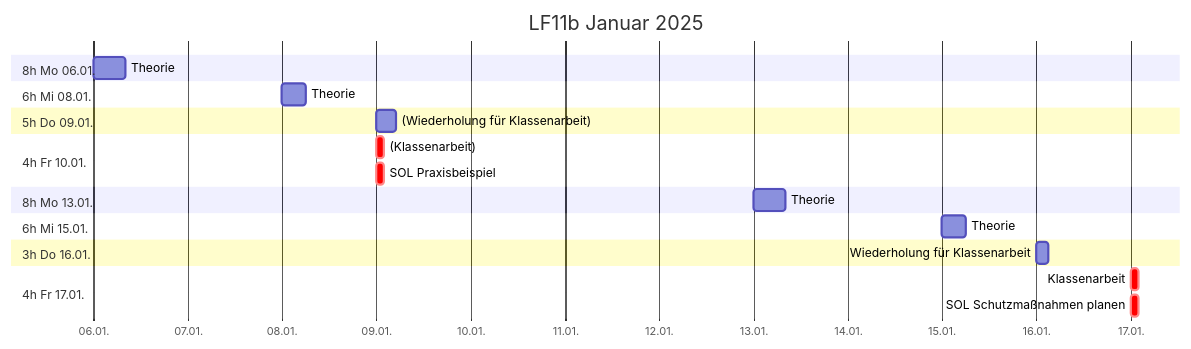
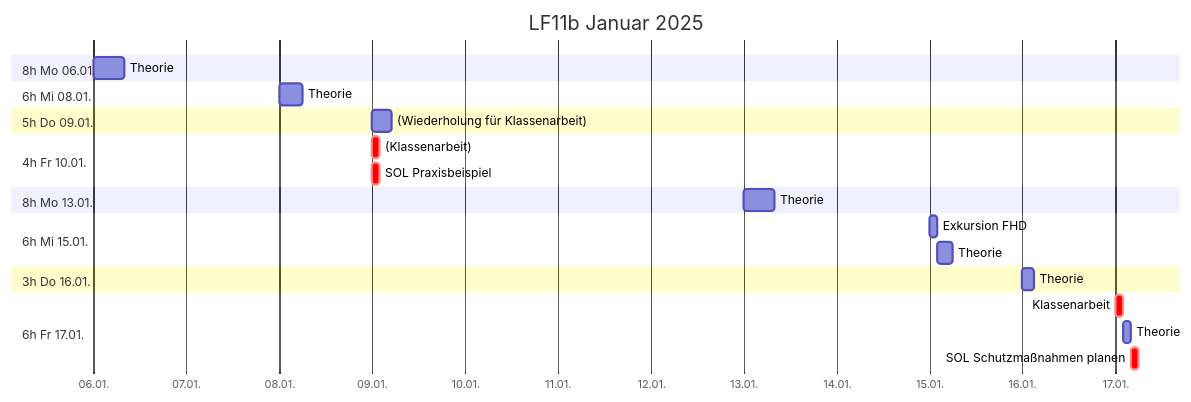
One commit to johannesloetzsch/LF11b changed the second of 3 diagrams in src/plan.md. Above: the diagram before and after it, drawn with Mermaid. The commit also changed other lines of this file and 1 other file, not shown here.

````diff
--- a/src/plan.md
+++ b/src/plan.md
@@ -18,24 +18,26 @@
 ```mermaid
 gantt
  title LF11b Januar 2025
  dateFormat YYYY-MM-DD
  axisFormat %d.%m.
  section 8h Mo 06.01.
   Theorie                           :2025-01-06, 8h
  section 6h Mi 08.01.
   Theorie                           :2025-01-08, 6h
  section 5h Do 09.01.
   (Wiederholung für Klassenarbeit)  :2025-01-09, 5h
  section 4h Fr 10.01.
   (Klassenarbeit)                   :crit, 2025-01-09, 2h
   SOL Praxisbeispiel                :crit, 2025-01-09, 2h
  section 8h Mo 13.01.
   Theorie                           :2025-01-13, 8h
  section 6h Mi 15.01.
-  Theorie                           :2025-01-15, 6h
+  Exkursion FHD                     :t1, 2025-01-15, 2h
+  Theorie                           :after t1, 4h
  section 3h Do 16.01.
-  Wiederholung für Klassenarbeit    :2025-01-16, 3h
- section 4h Fr 17.01.
-  Klassenarbeit                     :crit, 2025-01-17, 2h
-  SOL Schutzmaßnahmen planen        :crit, 2025-01-17, 2h
+  Theorie                           :2025-01-16, 3h
+ section 6h Fr 17.01.
+  Klassenarbeit                     :crit, t2, 2025-01-17, 2h
+  Theorie                           :t3, after t2, 2h
+  SOL Schutzmaßnahmen planen        :crit, after t3, 2h
 ```
````
